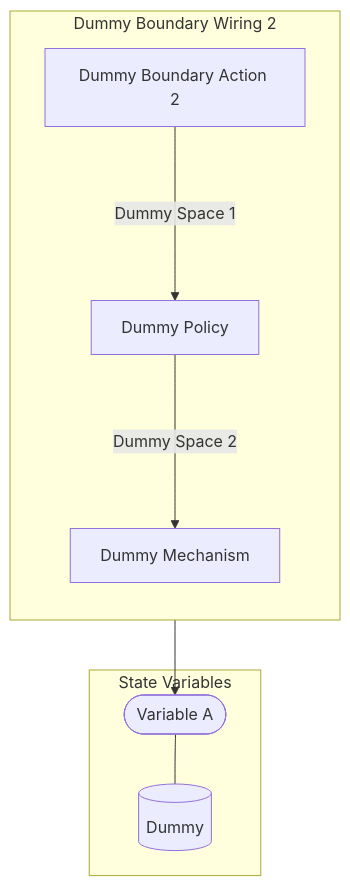
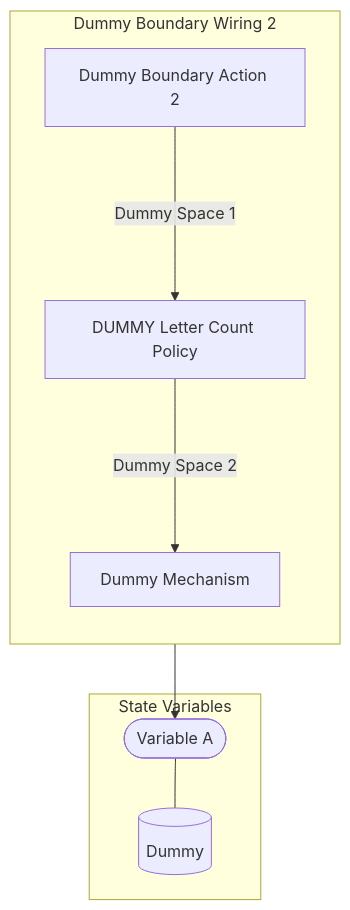
Before and after one commit to BlockScience/MSML: the diagram in examples/StarterRepo/reports/markdown/Wiring/Dummy Boundary Wiring 2.md, drawn with Mermaid. The commit also changed other lines of this file and 21 other files, not shown here.

````diff
--- a/examples/StarterRepo/reports/markdown/Wiring/Dummy Boundary Wiring 2.md
+++ b/examples/StarterRepo/reports/markdown/Wiring/Dummy Boundary Wiring 2.md
@@ -3,19 +3,19 @@
 ```mermaid
 graph TB
 
 subgraph SVS["State Variables"]
 EE0[("Dummy")]
 EES0(["Variable A"])
 EES0 --- EE0
 end
 
 subgraph X4["Dummy Boundary Wiring 2"]
 direction TB
 X1["Dummy Boundary Action 2"]
-X2["Dummy Policy"]
+X2["DUMMY Letter Count Policy"]
 X3["Dummy Mechanism"]
 X3 --> EES0
 X1--"Dummy Space 1"--->X2
 X2--"Dummy Space 2"--->X3
 end
 ```
````
